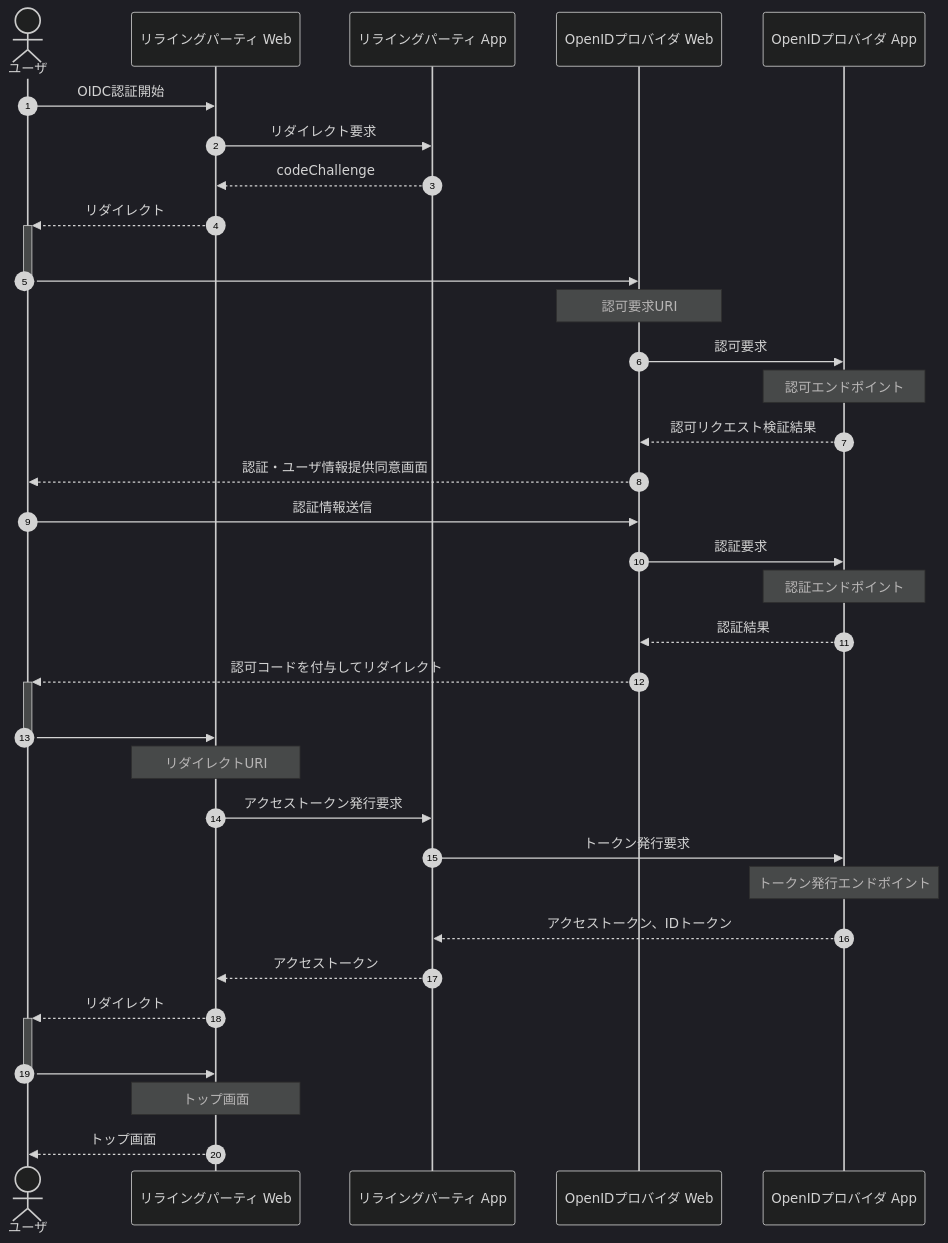
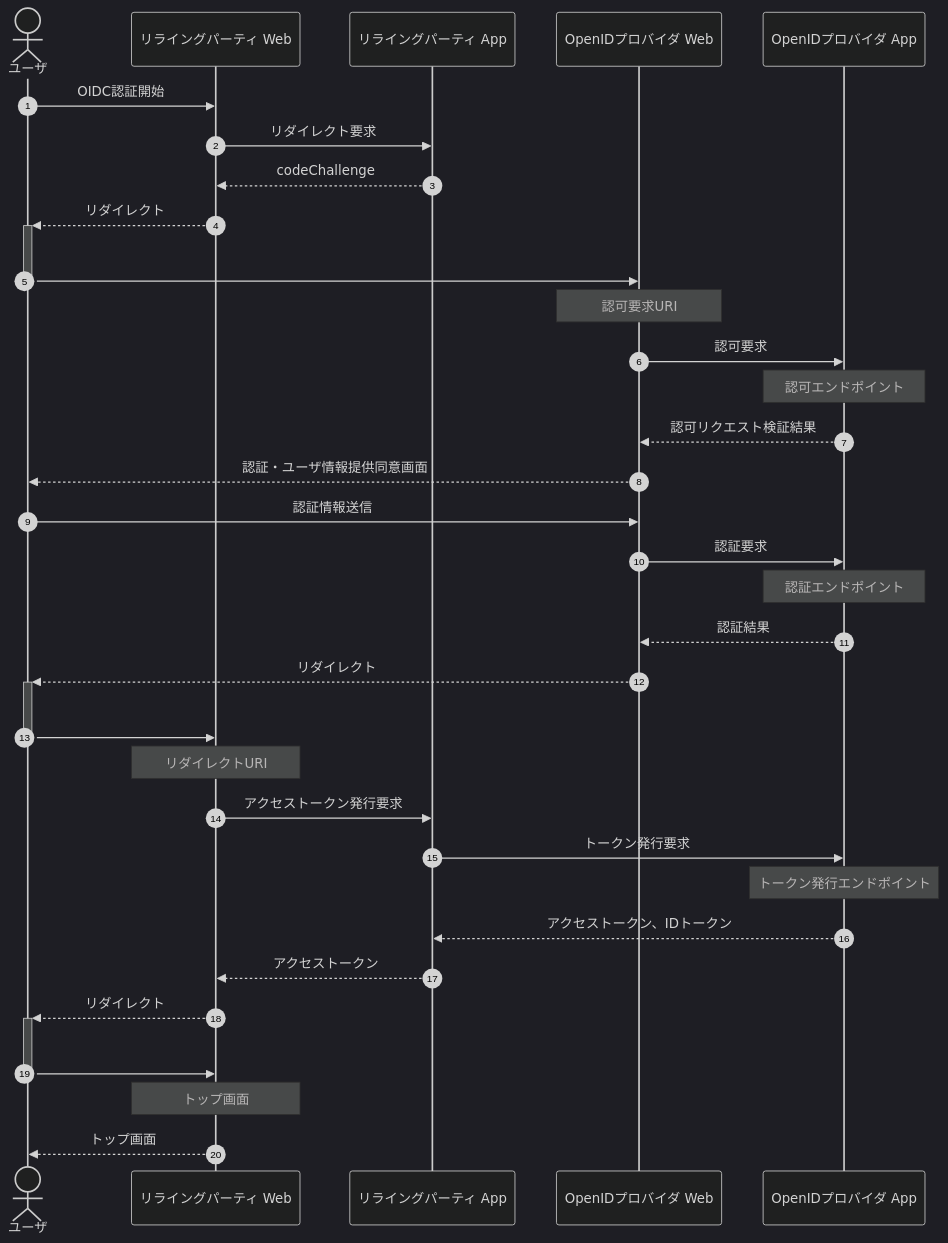
One commit to nob-islan/nob-openid-connect changed the diagram in docs/business-sequence/README.md. Above: the diagram before and after it, drawn with Mermaid.

Commit message:
文言修正

````diff
--- a/docs/business-sequence/README.md
+++ b/docs/business-sequence/README.md
@@ -3,37 +3,37 @@
 ```mermaid
 %%{init:{'theme':'dark'}}%%
 sequenceDiagram
 autonumber
     actor user as ユーザ
     participant rp_web as リライングパーティ Web
     participant rp_app as リライングパーティ App
     participant op_web as OpenIDプロバイダ Web
     participant op_app as OpenIDプロバイダ App
 
     user->>rp_web: OIDC認証開始
     rp_web->>rp_app: リダイレクト要求
     rp_app-->>rp_web: codeChallenge
     rp_web-->>+user: リダイレクト
     user->>-op_web: <br>
     Note over op_web: 認可要求URI
     op_web->>op_app: 認可要求
     Note over op_app: 認可エンドポイント
     op_app-->>op_web: 認可リクエスト検証結果
     op_web-->>user: 認証・ユーザ情報提供同意画面
     user->>op_web: 認証情報送信
     op_web->>op_app: 認証要求
     Note over op_app: 認証エンドポイント
     op_app-->>op_web: 認証結果
-    op_web-->>+user: 認可コードを付与してリダイレクト
+    op_web-->>+user: リダイレクト
     user->>-rp_web: <br>
     Note over rp_web: リダイレクトURI
     rp_web->>rp_app: アクセストークン発行要求
     rp_app->>op_app: トークン発行要求
     Note over op_app: トークン発行エンドポイント
     op_app-->>rp_app: アクセストークン、IDトークン
     rp_app-->>rp_web: アクセストークン
     rp_web-->>+user: リダイレクト
     user->>-rp_web: <br>
     Note over rp_web: トップ画面
     rp_web-->>user: トップ画面
 ```
````
